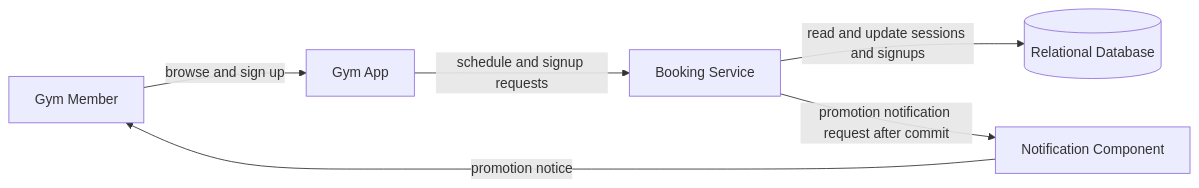
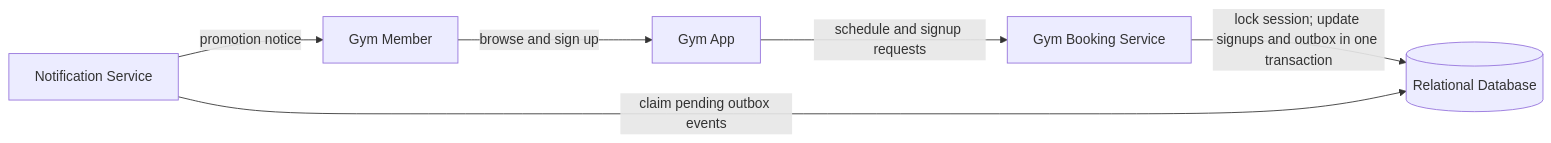
Before and after one commit to ehuerta6/bloomberg-interview-practice: the first of 2 diagrams in solutions/system-design/01-gym-class-signup.md, drawn with Mermaid. The commit also changed other lines of this file and 16 other files, not shown here.

````diff
--- a/solutions/system-design/01-gym-class-signup.md
+++ b/solutions/system-design/01-gym-class-signup.md
@@ -28,8 +31,8 @@
 ```mermaid
 flowchart LR
     Member[Gym Member] -->|browse and sign up| App[Gym App]
-    App -->|schedule and signup requests| Booking[Booking Service]
-    Booking -->|read and update sessions and signups| DB[(Relational Database)]
-    Booking -->|promotion notification request after commit| Notify[Notification Component]
+    App -->|schedule and signup requests| Booking[Gym Booking Service]
+    Booking -->|lock session; update signups and outbox in one transaction| DB[(Relational Database)]
+    Notify[Notification Service] -->|claim pending outbox events| DB
     Notify -->|promotion notice| Member
 ```
````
